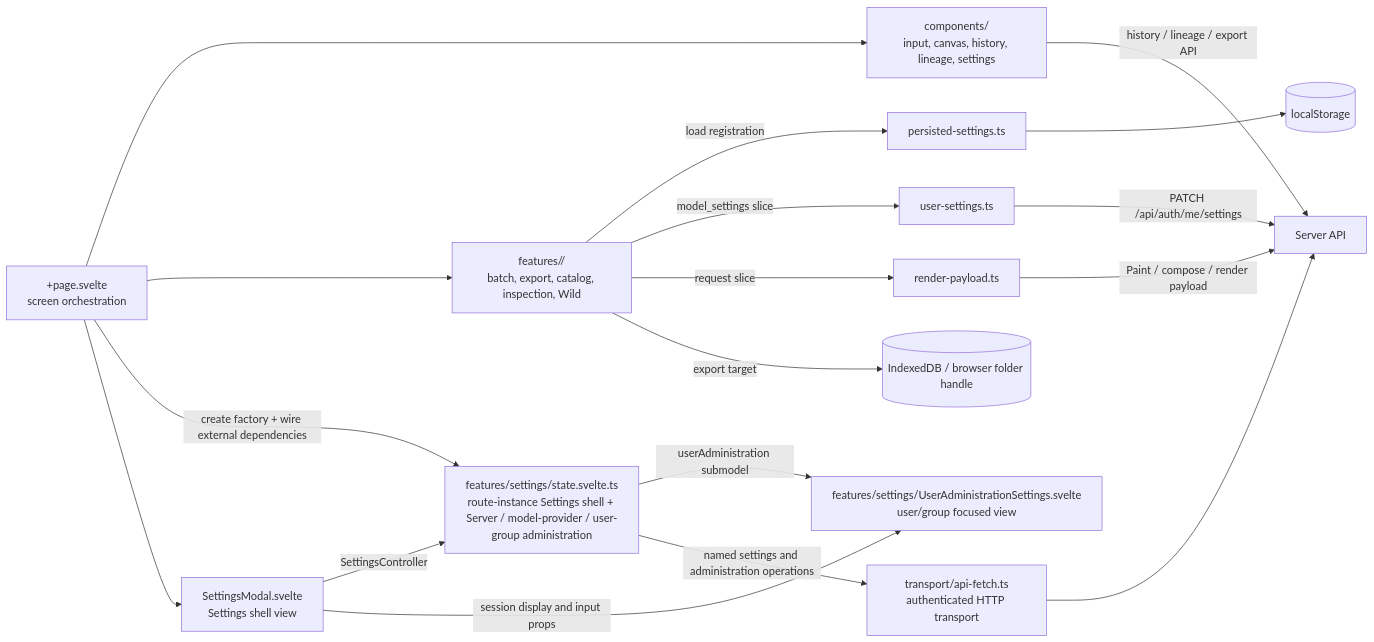
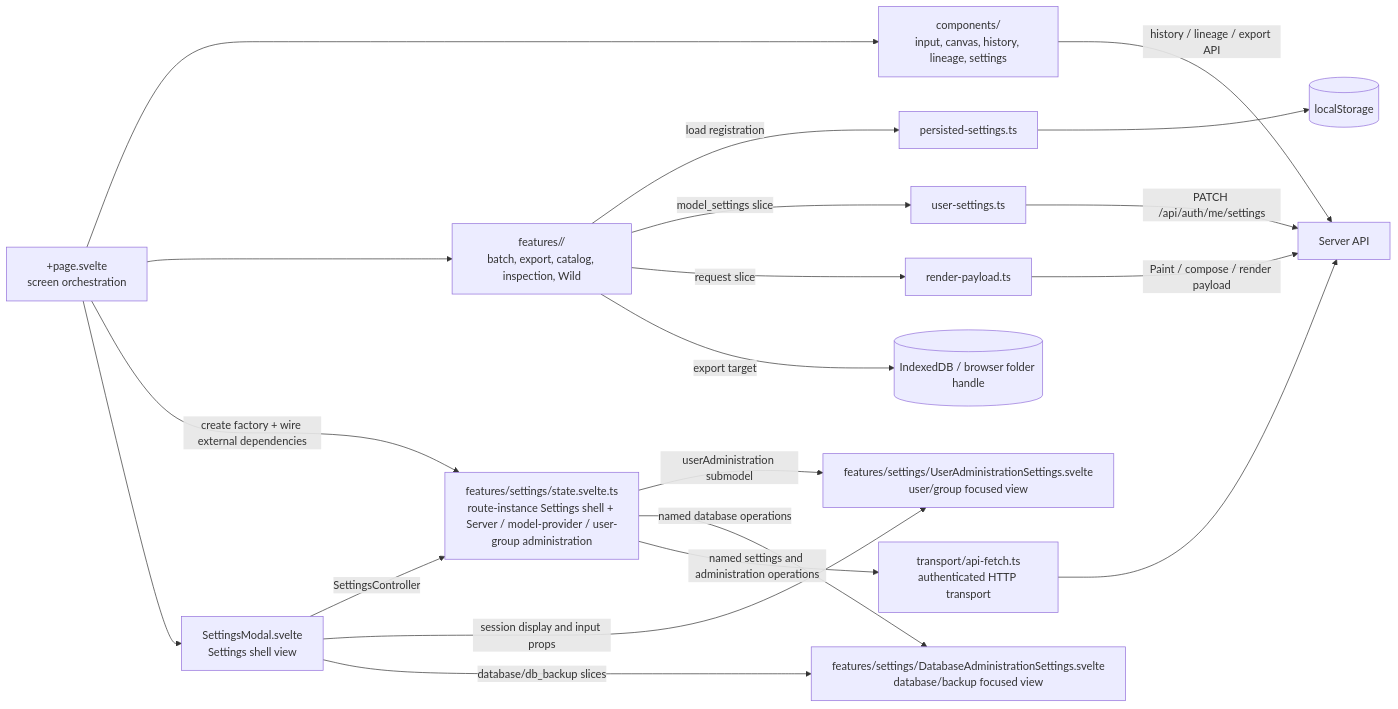
One commit to oikawas/inku-lang changed the second of 2 diagrams in docs/architecture/client-boundaries.md. Above: the diagram before and after it, drawn with Mermaid. The commit also changed other lines of this file and 4 other files, not shown here.

Commit message:
refactor(web): extract database administration settings view

````diff
--- a/docs/architecture/client-boundaries.md
+++ b/docs/architecture/client-boundaries.md
@@ -31,34 +31,37 @@
 ```mermaid
 flowchart LR
     PAGE["+page.svelte\nscreen orchestration"]
     COMPONENTS["components/\ninput, canvas, history, lineage, settings"]
     FEATURES["features/<name>/\nbatch, export, catalog, inspection, Wild"]
     SETTINGS["features/settings/state.svelte.ts\nroute-instance Settings shell + Server / model-provider / user-group administration"]
     SETTINGS_MODAL["SettingsModal.svelte\nSettings shell view"]
     USER_ADMIN_VIEW["features/settings/UserAdministrationSettings.svelte\nuser/group focused view"]
+    DATABASE_VIEW["features/settings/DatabaseAdministrationSettings.svelte\ndatabase/backup focused view"]
     TRANSPORT["transport/api-fetch.ts\nauthenticated HTTP transport"]
     PERSIST["persisted-settings.ts"]
     USERSET["user-settings.ts"]
     PAYLOAD["render-payload.ts"]
     LOCAL[("localStorage")]
     INDEXED[("IndexedDB / browser folder handle")]
     API["Server API"]
 
     PAGE --> COMPONENTS
     PAGE --> FEATURES
     PAGE -->|"create factory + wire external dependencies"| SETTINGS
     PAGE --> SETTINGS_MODAL
     SETTINGS_MODAL -->|"SettingsController"| SETTINGS
     SETTINGS_MODAL -->|"session display and input props"| USER_ADMIN_VIEW
     SETTINGS -->|"userAdministration submodel"| USER_ADMIN_VIEW
+    SETTINGS_MODAL -->|"database/db_backup slices"| DATABASE_VIEW
+    SETTINGS -->|"named database operations"| DATABASE_VIEW
     SETTINGS -->|"named settings and administration operations"| TRANSPORT
     TRANSPORT --> API
     FEATURES -->|"load registration"| PERSIST
     FEATURES -->|"model_settings slice"| USERSET
     FEATURES -->|"request slice"| PAYLOAD
     PERSIST --> LOCAL
     USERSET -->|"PATCH /api/auth/me/settings"| API
     PAYLOAD -->|"Paint / compose / render payload"| API
     FEATURES -->|"export target"| INDEXED
     COMPONENTS -->|"history / lineage / export API"| API
 ```
````
